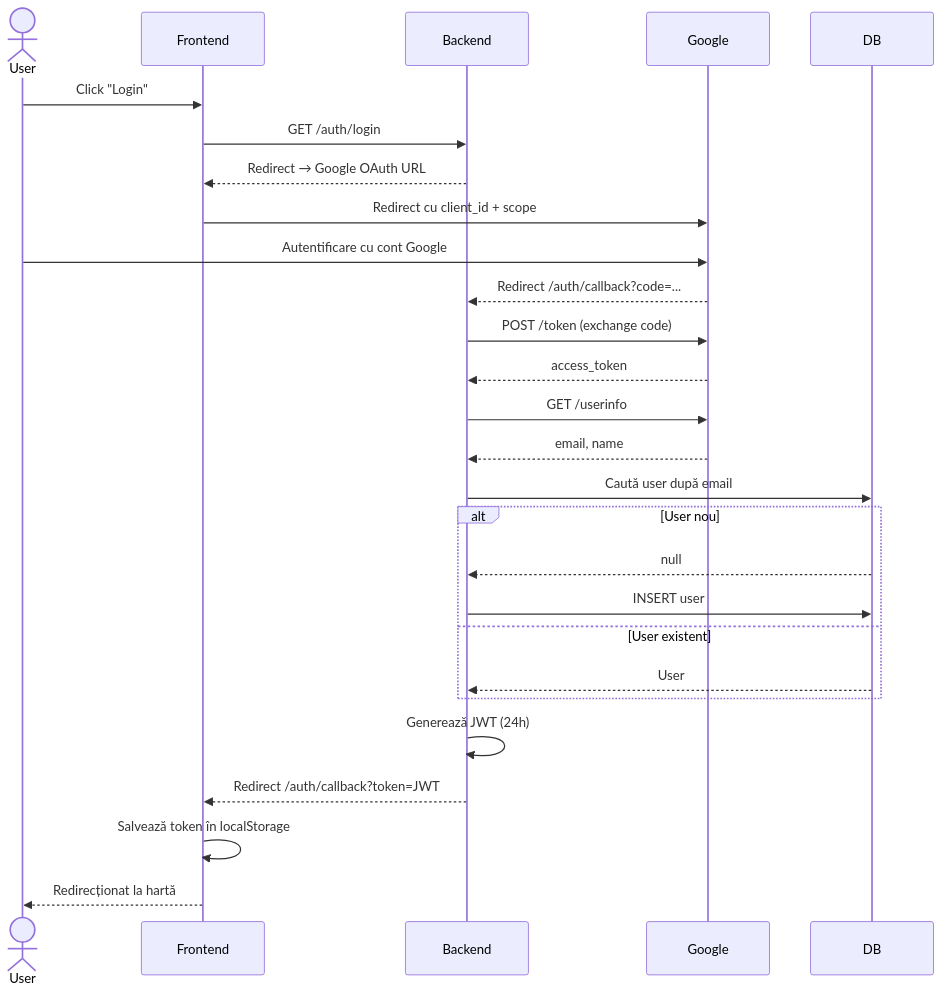
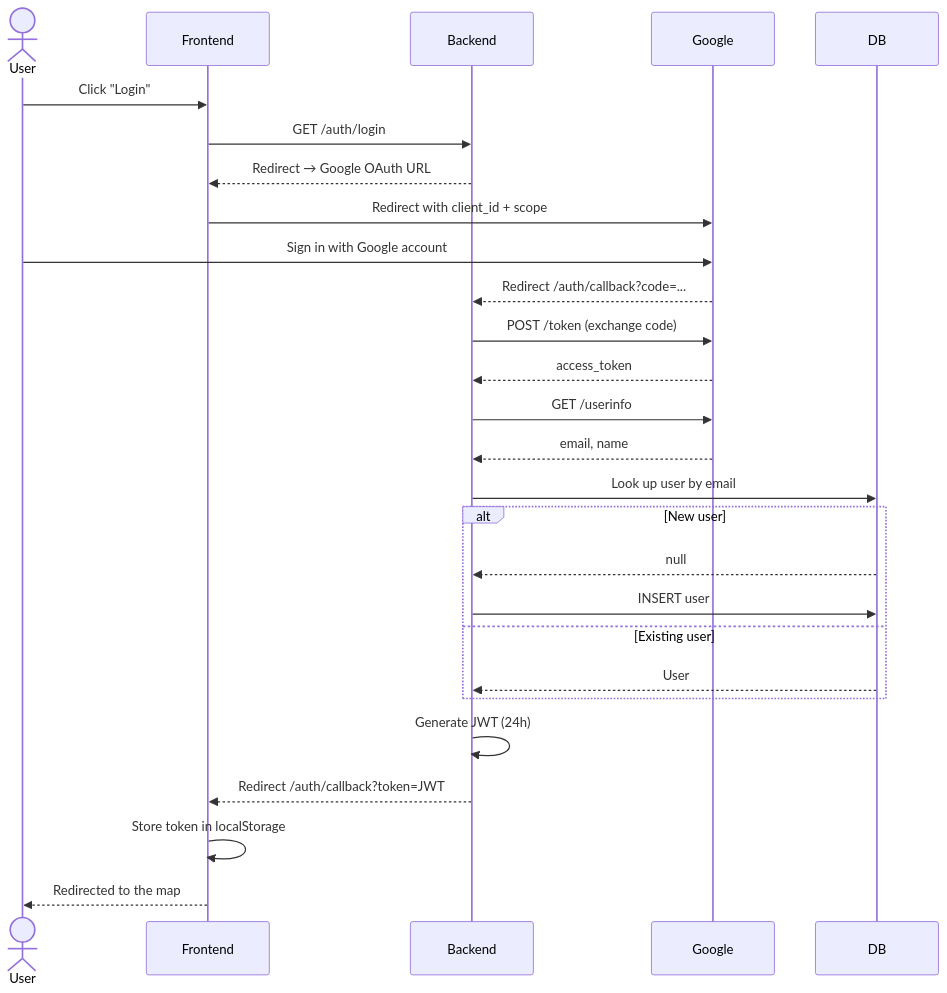
Before and after one commit to LucaSerban1/Harta-Interactiva-Brasov: the second of 3 diagrams in README.md, drawn with Mermaid. The commit also changed other lines of this file and 2 other files, not shown here.

````diff
--- a/README.md
+++ b/README.md
@@ -146,30 +146,30 @@
 ```mermaid
 sequenceDiagram
     actor User
     participant Frontend
     participant Backend
     participant Google
     participant DB
 
     User->>Frontend: Click "Login"
     Frontend->>Backend: GET /auth/login
     Backend-->>Frontend: Redirect → Google OAuth URL
-    Frontend->>Google: Redirect cu client_id + scope
-    User->>Google: Autentificare cu cont Google
+    Frontend->>Google: Redirect with client_id + scope
+    User->>Google: Sign in with Google account
     Google-->>Backend: Redirect /auth/callback?code=...
     Backend->>Google: POST /token (exchange code)
     Google-->>Backend: access_token
     Backend->>Google: GET /userinfo
     Google-->>Backend: email, name
-    Backend->>DB: Caută user după email
-    alt User nou
+    Backend->>DB: Look up user by email
+    alt New user
         DB-->>Backend: null
         Backend->>DB: INSERT user
-    else User existent
+    else Existing user
         DB-->>Backend: User
     end
-    Backend->>Backend: Generează JWT (24h)
+    Backend->>Backend: Generate JWT (24h)
     Backend-->>Frontend: Redirect /auth/callback?token=JWT
-    Frontend->>Frontend: Salvează token în localStorage
-    Frontend-->>User: Redirecționat la hartă
+    Frontend->>Frontend: Store token in localStorage
+    Frontend-->>User: Redirected to the map
 ```
````
